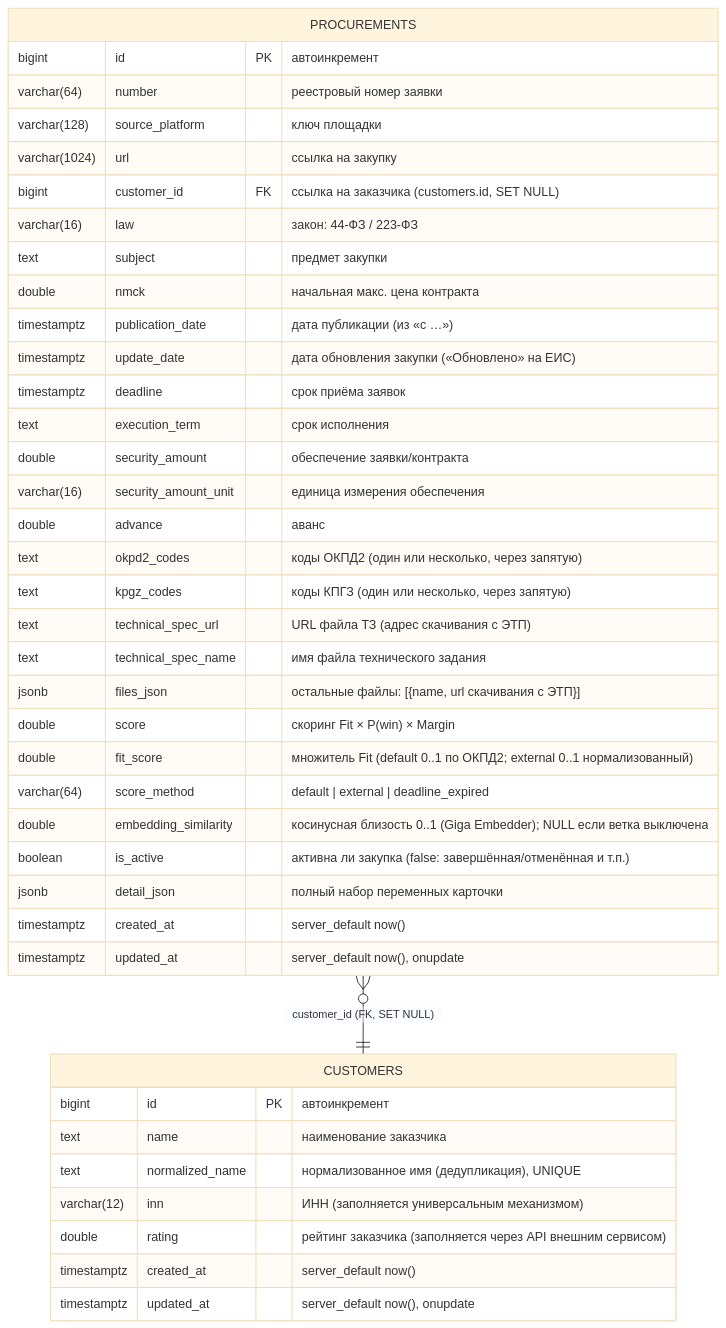
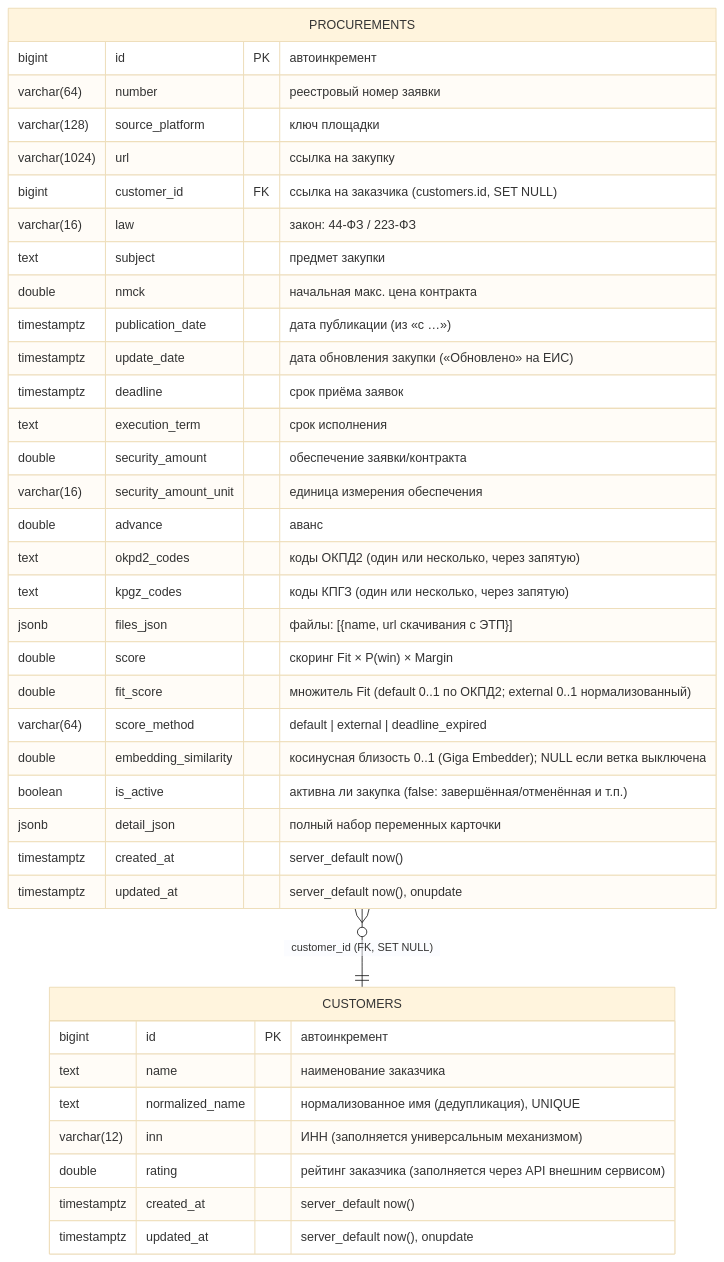
The diagram in docs/c4/db-schema.md (igorvolk1961/zakupki_parser), drawn with Mermaid (base theme) before and after one commit. The commit also changed 18 other files, not shown here.

First line of the commit message:
db: убрать поля technical_spec_url/technical_spec_name

````diff
--- a/docs/c4/db-schema.md
+++ b/docs/c4/db-schema.md
@@ -6,45 +6,43 @@
 ```mermaid
 erDiagram
     CUSTOMERS {
         bigint id PK "автоинкремент"
         text name "наименование заказчика"
         text normalized_name "нормализованное имя (дедупликация), UNIQUE"
         varchar(12) inn "ИНН (заполняется универсальным механизмом)"
         double rating "рейтинг заказчика (заполняется через API внешним сервисом)"
         timestamptz created_at "server_default now()"
         timestamptz updated_at "server_default now(), onupdate"
     }
 
     PROCUREMENTS {
         bigint id PK "автоинкремент"
         varchar(64) number "реестровый номер заявки"
         varchar(128) source_platform "ключ площадки"
         varchar(1024) url "ссылка на закупку"
         bigint customer_id FK "ссылка на заказчика (customers.id, SET NULL)"
         varchar(16) law "закон: 44-ФЗ / 223-ФЗ"
         text subject "предмет закупки"
         double nmck "начальная макс. цена контракта"
         timestamptz publication_date "дата публикации (из «с …»)"
         timestamptz update_date "дата обновления закупки («Обновлено» на ЕИС)"
         timestamptz deadline "срок приёма заявок"
         text execution_term "срок исполнения"
         double security_amount "обеспечение заявки/контракта"
         varchar(16) security_amount_unit "единица измерения обеспечения"
         double advance "аванс"
         text okpd2_codes "коды ОКПД2 (один или несколько, через запятую)"
         text kpgz_codes "коды КПГЗ (один или несколько, через запятую)"
-        text technical_spec_url "URL файла ТЗ (адрес скачивания с ЭТП)"
-        text technical_spec_name "имя файла технического задания"
-        jsonb files_json "остальные файлы: [{name, url скачивания с ЭТП}]"
+        jsonb files_json "файлы: [{name, url скачивания с ЭТП}]"
         double score "скоринг Fit × P(win) × Margin"
         double fit_score "множитель Fit (default 0..1 по ОКПД2; external 0..1 нормализованный)"
         varchar(64) score_method "default | external | deadline_expired"
         double embedding_similarity "косинусная близость 0..1 (Giga Embedder); NULL если ветка выключена"
         boolean is_active "активна ли закупка (false: завершённая/отменённая и т.п.)"
         jsonb detail_json "полный набор переменных карточки"
         timestamptz created_at "server_default now()"
         timestamptz updated_at "server_default now(), onupdate"
     }
 
     PROCUREMENTS }o--|| CUSTOMERS : "customer_id (FK, SET NULL)"
 ```
````
